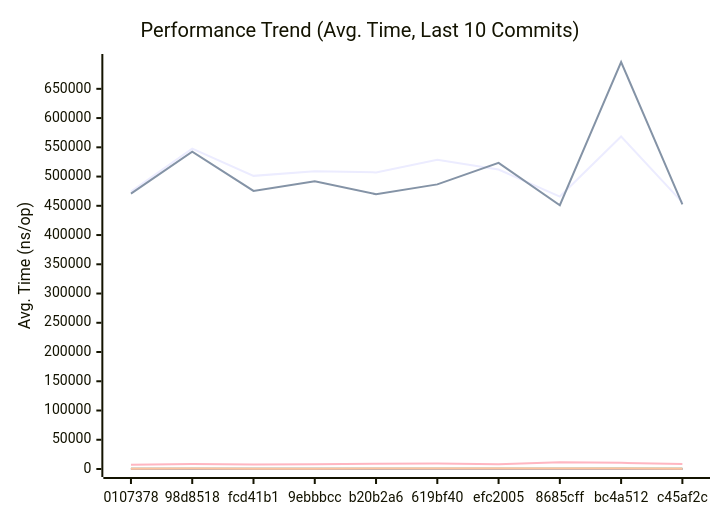
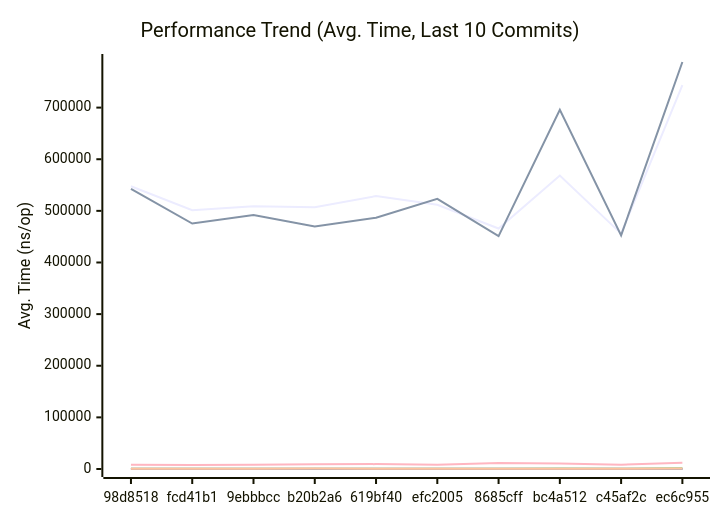
Before and after one commit to alsotoes/momo: the first of 3 diagrams in docs/PERFORMANCE.md, drawn with Mermaid. The commit also changed other lines of this file and 3 other files, not shown here.

````diff
--- a/docs/PERFORMANCE.md
+++ b/docs/PERFORMANCE.md
@@ -145,20 +145,20 @@
 ```mermaid
 xychart-beta
     title "Performance Trend (Avg. Time, Last 10 Commits)"
     x-axis "Commit"
     y-axis "Avg. Time (ns/op)"
-    x-axis [0107378,98d8518,fcd41b1,9ebbbcc,b20b2a6,619bf40,efc2005,8685cff,bc4a512,c45af2c]
-    line "AWSChunkedReaderSigned" [474487,547638,501193,509071,507099,528608,511934,465777,568519,455946]
-    line "AWSChunkedReaderUnsigned" [470934,542477,475383,492103,469747,486617,523389,450952,695863,452536]
-    line "CheckMetricsAndSwap" [8,9,8,10,9,9,11,9,12,8]
-    line "CrushOptimized" [357,366,378,382,366,323,333,409,430,318]
-    line "CrushOriginal" [444,519,462,546,546,550,489,590,762,454]
-    line "IndexDirectTracking" [0,0,0,0,0,0,0,0,1,0]
-    line "IndexSearch" [3,3,3,3,3,3,3,3,4,3]
-    line "LoadGlobalConfig" [7311,8381,7902,8218,9180,9457,8266,11444,10501,8376]
-    line "PadString" [41,54,44,44,50,49,47,56,70,48]
+    x-axis [98d8518,fcd41b1,9ebbbcc,b20b2a6,619bf40,efc2005,8685cff,bc4a512,c45af2c,ec6c955]
+    line "AWSChunkedReaderSigned" [547638,501193,509071,507099,528608,511934,465777,568519,455946,743381]
+    line "AWSChunkedReaderUnsigned" [542477,475383,492103,469747,486617,523389,450952,695863,452536,788330]
+    line "CheckMetricsAndSwap" [9,8,10,9,9,11,9,12,8,14]
+    line "CrushOptimized" [366,378,382,366,323,333,409,430,318,551]
+    line "CrushOriginal" [519,462,546,546,550,489,590,762,454,2113]
+    line "IndexDirectTracking" [0,0,0,0,0,0,0,1,0,1]
+    line "IndexSearch" [3,3,3,3,3,3,3,4,3,4]
+    line "LoadGlobalConfig" [8381,7902,8218,9180,9457,8266,11444,10501,8376,12340]
+    line "PadString" [54,44,44,50,49,47,56,70,48,81]
     line "ParseReplicationOrder_NoPrealloc" [350,349,357,354,345,225,229,165,232,234]
     line "ParseReplicationOrder_Prealloc" [229,231,237,234,229,108,107,80,110,109]
-    line "SanitizeLog/Safe" [440,468,490,508,482,560,430,509,554,446]
-    line "SanitizeLog/Unsafe" [544,677,581,581,785,678,656,684,714,605]
+    line "SanitizeLog/Safe" [468,490,508,482,560,430,509,554,446,711]
+    line "SanitizeLog/Unsafe" [677,581,581,785,678,656,684,714,605,1045]
 ```
````
